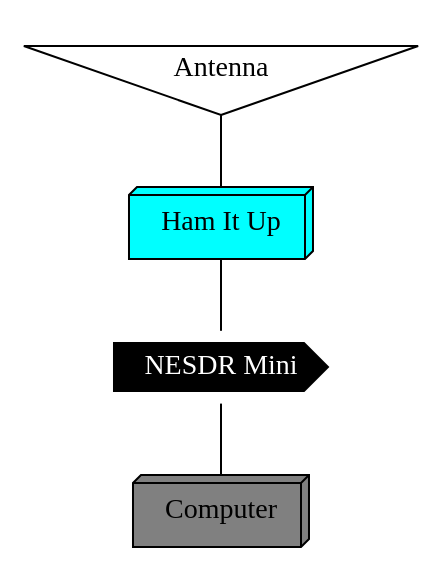
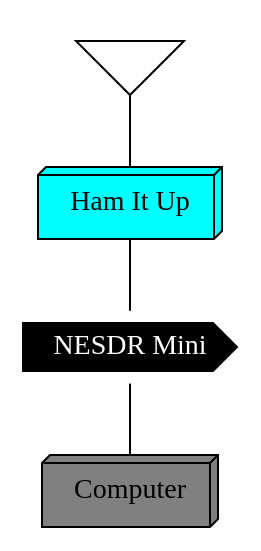
The diagram in frugal-ham-shack-computer/nooelec.gv (tnalpgge/presentations), drawn with Graphviz before and after one commit. The commit also changed 18 other files, not shown here.

```diff
--- a/frugal-ham-shack-computer/nooelec.gv
+++ b/frugal-ham-shack-computer/nooelec.gv
@@ -1,10 +1,10 @@
 graph nooelec {
       Computer [style="filled"; fillcolor="gray"; shape="box3d"];
       sdrstick [label="NESDR Mini"; style="filled"; shape="cds"; fillcolor="black"; fontcolor="white"];
       hamitup [label="Ham It Up"; style="filled"; shape="box3d"; fillcolor="cyan";];
-      Antenna [shape="invtriangle"];
+      Antenna [label=""; shape="invtriangle"];
 
       Antenna -- hamitup;
       hamitup -- sdrstick;
       sdrstick -- Computer;
 }
```
